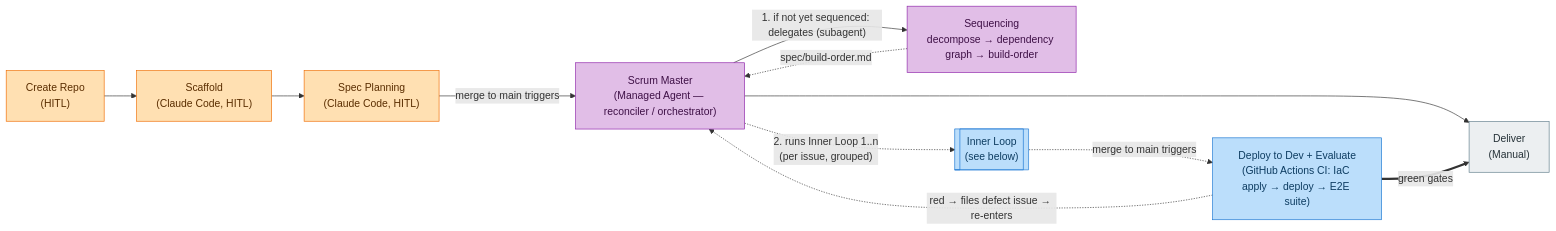
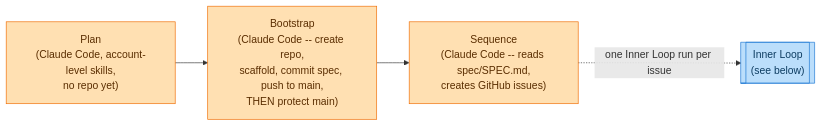
Before and after one commit to njrenaissance/project-templates: the first of 2 diagrams in _workflow/coding-workflow.md, drawn with Mermaid. The commit also changed other lines of this file and 10 other files, not shown here.

First line of the commit message:
feat(_workflow): add Inner Loop managed agent, retire scaffold skill

````diff
--- a/_workflow/coding-workflow.md
+++ b/_workflow/coding-workflow.md
@@ -26,23 +18,11 @@
 ```mermaid
 flowchart LR
-    CR["Create Repo<br/>(HITL)"] --> SC["Scaffold<br/>(Claude Code, HITL)"] --> SP["Spec Planning<br/>(Claude Code, HITL)"] -->|"merge to main triggers"| SM["Scrum Master<br/>(Managed Agent — reconciler / orchestrator)"]
-    SM -->|"1. if not yet sequenced: delegates (subagent)"| SEQ["Sequencing<br/>decompose → dependency graph → build-order"]
-    SEQ -.->|"spec/build-order.md"| SM
-    SM -.->|"2. runs Inner Loop 1..n<br/>(per issue, grouped)"| IL[["Inner Loop<br/>(see below)"]]
-    SM --> DEL["Deliver<br/>(Manual)"]
+    PL["Plan<br/>(Claude Code, account-level skills,<br/>no repo yet)"] --> BS["Bootstrap<br/>(Claude Code -- create repo,<br/>scaffold, commit spec, push to main,<br/>THEN protect main)"] --> SEQ["Sequence<br/>(Claude Code -- reads spec/SPEC.md,<br/>creates GitHub issues)"]
+    SEQ -.->|"one Inner Loop run per issue"| IL[["Inner Loop<br/>(see below)"]]
 
-    CI["Deploy to Dev + Evaluate<br/>(GitHub Actions CI: IaC apply → deploy → E2E suite)"]
-    IL -.->|"merge to main triggers"| CI
-    CI ==>|"green gates"| DEL
-    CI -.->|"red → files defect issue → re-enters"| SM
-
-    classDef managed fill:#e1bee7,stroke:#8e24aa,color:#3e1046;
     classDef hitl fill:#ffe0b2,stroke:#ef6c00,color:#5a2d00;
-    classDef manual fill:#eceff1,stroke:#607d8b,color:#263238;
     classDef auto fill:#bbdefb,stroke:#1976d2,color:#0d3c61;
 
-    class SM,SEQ managed;
-    class CR,SC,SP hitl;
-    class DEL manual;
-    class CI,IL auto;
+    class PL,BS,SEQ hitl;
+    class IL auto;
 ```
````
